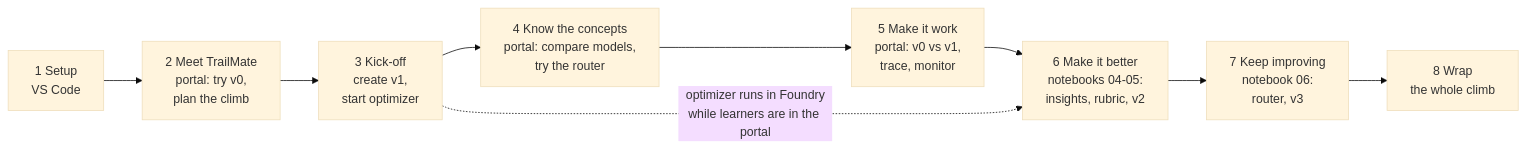
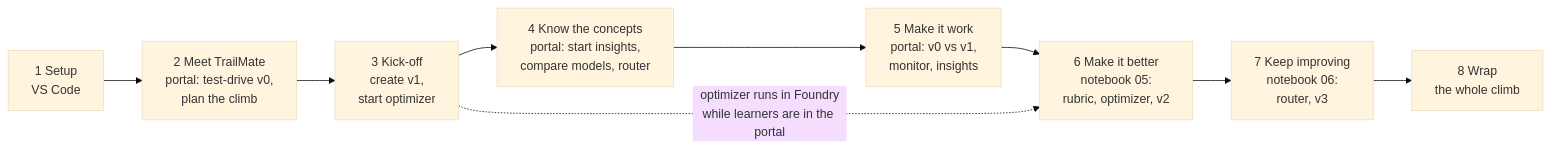
One commit to AndreaRizzi/ingnite26-LAB663 changed the diagram in instructions/skillable/README.md. Above: the diagram before and after it, drawn with Mermaid (base theme). The commit also changed other lines of this file and 33 other files, not shown here.

First line of the commit message:
Continue Skillable dry run: stage 2 test-drive, portal insights

````diff
--- a/instructions/skillable/README.md
+++ b/instructions/skillable/README.md
@@ -13,11 +13,11 @@
 ```mermaid
 flowchart LR
-    S["1 Setup<br/>VS Code"] --> M["2 Meet TrailMate<br/>portal: try v0,<br/>plan the climb"]
+    S["1 Setup<br/>VS Code"] --> M["2 Meet TrailMate<br/>portal: test-drive v0,<br/>plan the climb"]
     M --> K["3 Kick-off<br/>create v1,<br/>start optimizer"]
-    K --> C["4 Know the concepts<br/>portal: compare models,<br/>try the router"]
-    C --> W["5 Make it work<br/>portal: v0 vs v1,<br/>trace, monitor"]
-    W --> B["6 Make it better<br/>notebooks 04-05:<br/>insights, rubric, v2"]
+    K --> C["4 Know the concepts<br/>portal: start insights,<br/>compare models, router"]
+    C --> W["5 Make it work<br/>portal: v0 vs v1,<br/>monitor, insights"]
+    W --> B["6 Make it better<br/>notebook 05:<br/>rubric, optimizer, v2"]
     B --> I["7 Keep improving<br/>notebook 06:<br/>router, v3"]
     I --> R["8 Wrap<br/>the whole climb"]
     K -. "optimizer runs in Foundry<br/>while learners are in the portal" .-> B
 ```
````
